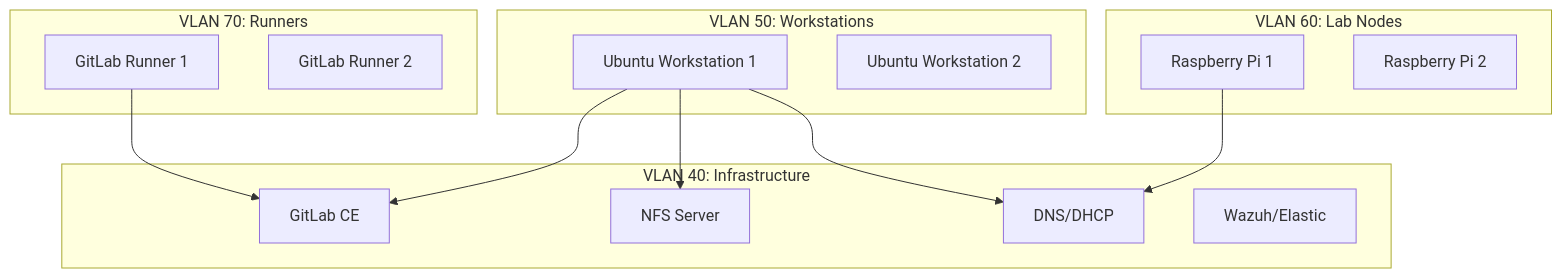
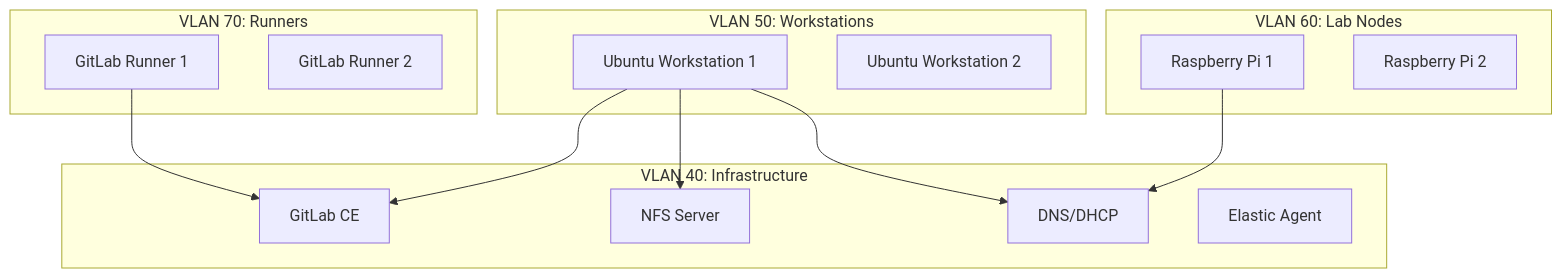
The diagram in README.md (daryllundy/field-lab-ansible-portfolio), drawn with Mermaid before and after one commit. The commit also changed 3 other files, not shown here.

First line of the commit message:
fix: rename wazuh host to elastic for consistency with monitoring role

````diff
--- a/README.md
+++ b/README.md
@@ -13,30 +13,30 @@
 ```mermaid
 graph TD
     subgraph "VLAN 40: Infrastructure"
         GitLab[GitLab CE]
         NFS[NFS Server]
         DNS[DNS/DHCP]
-        Wazuh[Wazuh/Elastic]
+        Elastic[Elastic Agent]
     end
 
     subgraph "VLAN 50: Workstations"
         WS1[Ubuntu Workstation 1]
         WS2[Ubuntu Workstation 2]
     end
 
     subgraph "VLAN 60: Lab Nodes"
         Pi1[Raspberry Pi 1]
         Pi2[Raspberry Pi 2]
     end
 
     subgraph "VLAN 70: Runners"
         Runner1[GitLab Runner 1]
         Runner2[GitLab Runner 2]
     end
 
     WS1 --> GitLab
     WS1 --> NFS
     Runner1 --> GitLab
     Pi1 --> DNS
     WS1 --> DNS
 ```
````
